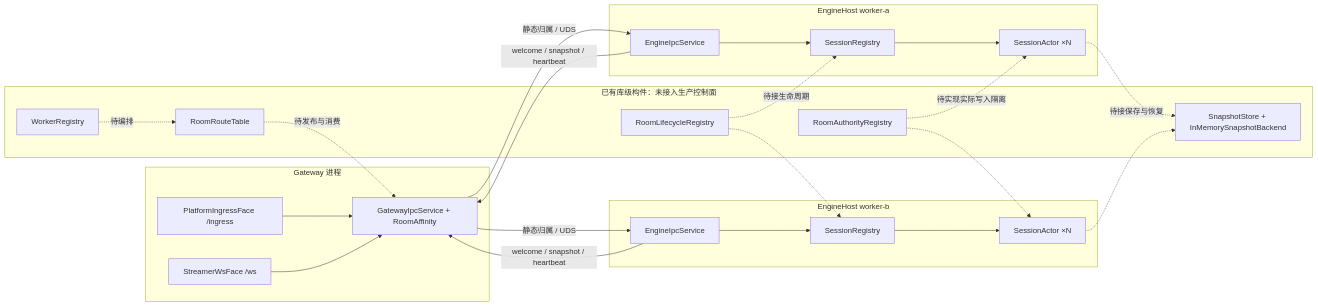
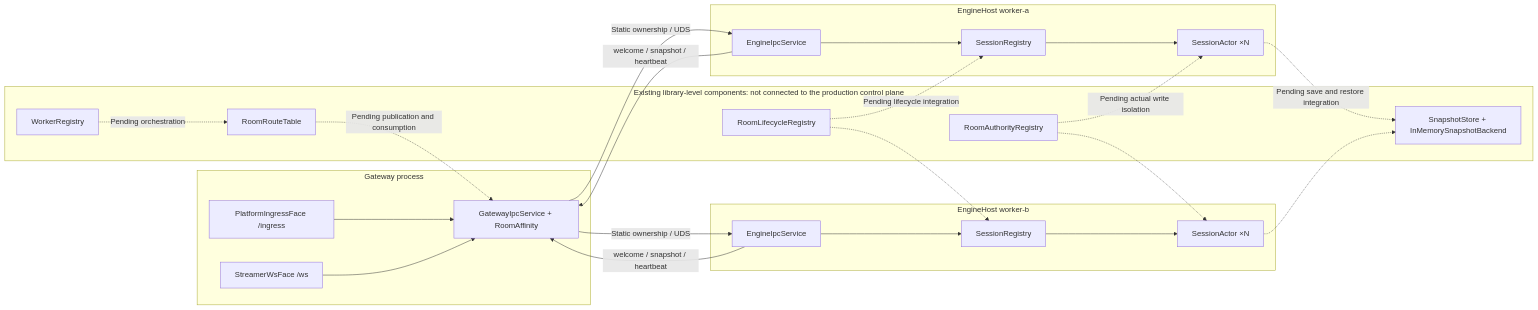
Before and after one commit to cuihairu/chorus: the diagram in docs/architecture/multi-machine-rooms.md, drawn with Mermaid. The commit also changed other lines of this file and 59 other files, not shown here.

````diff
--- a/docs/architecture/multi-machine-rooms.md
+++ b/docs/architecture/multi-machine-rooms.md
@@ -27,41 +27,41 @@
 ```mermaid
 flowchart LR
-    subgraph GW["Gateway 进程"]
+    subgraph GW["Gateway process"]
         P["PlatformIngressFace /ingress"]
         S["StreamerWsFace /ws"]
         GR["GatewayIpcService + RoomAffinity"]
     end
     subgraph W1["EngineHost worker-a"]
         E1["EngineIpcService"]
         R1["SessionRegistry"]
         A1["SessionActor ×N"]
     end
     subgraph W2["EngineHost worker-b"]
         E2["EngineIpcService"]
         R2["SessionRegistry"]
         A2["SessionActor ×N"]
     end
-    subgraph CTRL["已有库级构件：未接入生产控制面"]
+    subgraph CTRL["Existing library-level components: not connected to the production control plane"]
         WR["WorkerRegistry"]
         RT["RoomRouteTable"]
         RA["RoomAuthorityRegistry"]
         LC["RoomLifecycleRegistry"]
         SS["SnapshotStore + InMemorySnapshotBackend"]
     end
     P --> GR
     S --> GR
-    GR -->|"静态归属 / UDS"| E1
-    GR -->|"静态归属 / UDS"| E2
+    GR -->|"Static ownership / UDS"| E1
+    GR -->|"Static ownership / UDS"| E2
     E1 --> R1 --> A1
     E2 --> R2 --> A2
     E1 -->|"welcome / snapshot / heartbeat"| GR
     E2 -->|"welcome / snapshot / heartbeat"| GR
-    WR -.->|"待编排"| RT
-    RT -.->|"待发布与消费"| GR
-    RA -.->|"待实现实际写入隔离"| A1
+    WR -.->|"Pending orchestration"| RT
+    RT -.->|"Pending publication and consumption"| GR
+    RA -.->|"Pending actual write isolation"| A1
     RA -.-> A2
-    LC -.->|"待接生命周期"| R1
+    LC -.->|"Pending lifecycle integration"| R1
     LC -.-> R2
-    A1 -.->|"待接保存与恢复"| SS
+    A1 -.->|"Pending save and restore integration"| SS
     A2 -.-> SS
 ```
````
